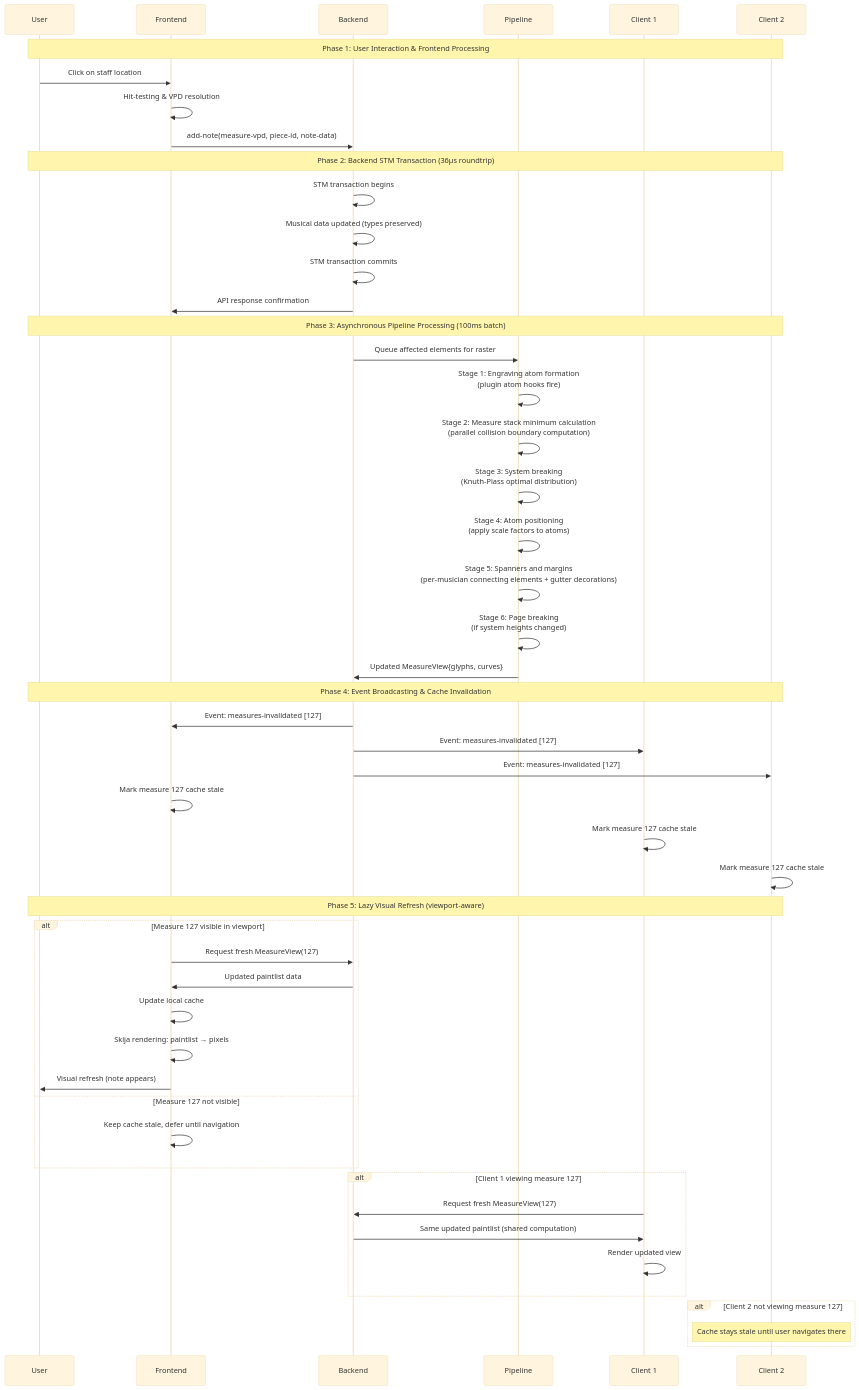
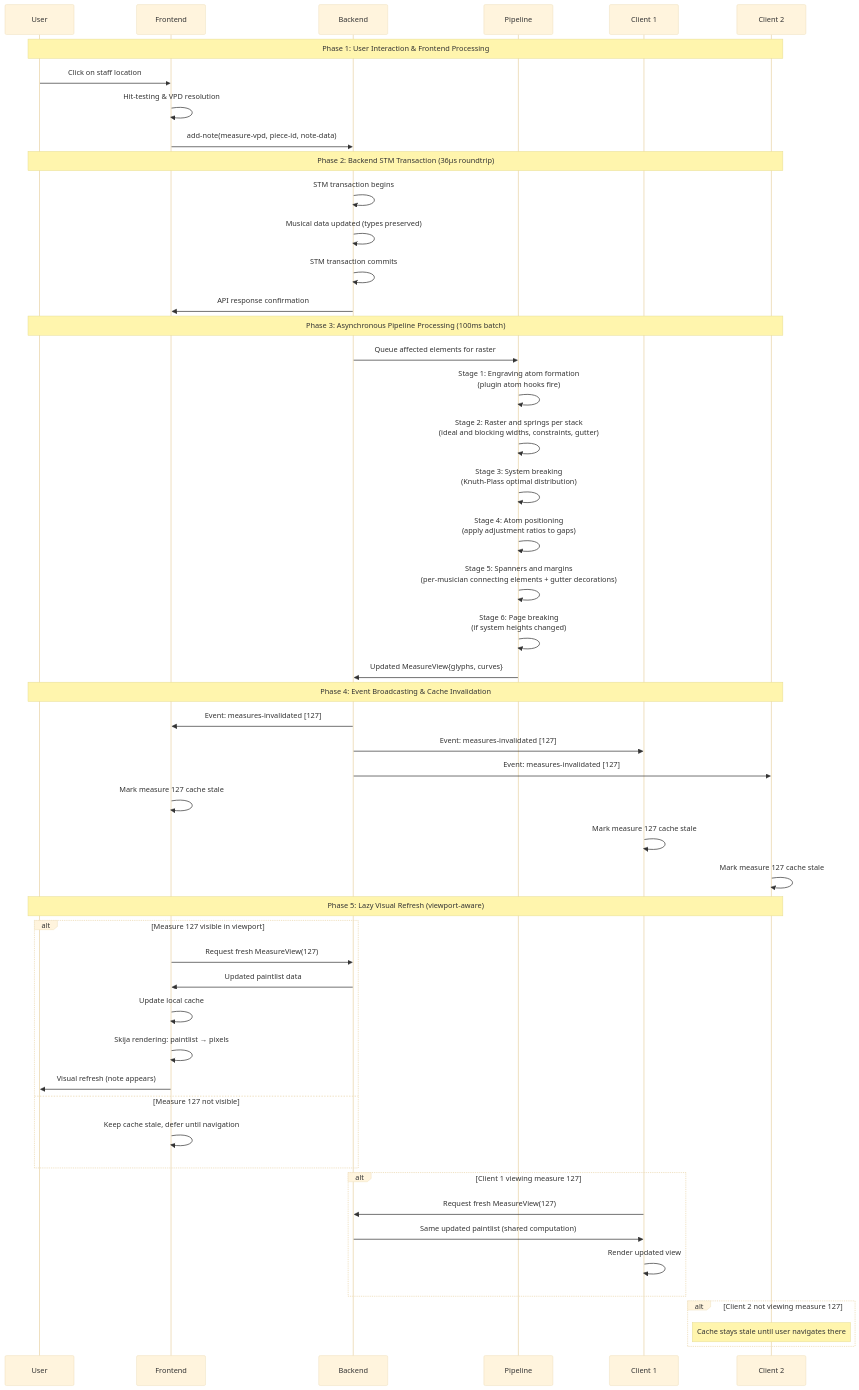
The third of 4 diagrams in ADRs/0028-Hierarchical-Rendering-Pipeline.md (PeterBengtson/Ooloi-docs), drawn with Mermaid (base theme) before and after one commit. The commit also changed other lines of this file and 2 other files, not shown here.

````diff
--- a/ADRs/0028-Hierarchical-Rendering-Pipeline.md
+++ b/ADRs/0028-Hierarchical-Rendering-Pipeline.md
@@ -300,60 +300,60 @@
 ```mermaid
 sequenceDiagram
     participant U as User
     participant F as Frontend
     participant B as Backend
     participant P as Pipeline
     participant C1 as Client 1
     participant C2 as Client 2
 
     Note over U,C2: Phase 1: User Interaction & Frontend Processing
     U->>F: Click on staff location
     F->>F: Hit-testing & VPD resolution
     F->>B: add-note(measure-vpd, piece-id, note-data)
 
     Note over U,C2: Phase 2: Backend STM Transaction (36μs roundtrip)
     B->>B: STM transaction begins
     B->>B: Musical data updated (types preserved)
     B->>B: STM transaction commits
     B->>F: API response confirmation
 
     Note over U,C2: Phase 3: Asynchronous Pipeline Processing (100ms batch)
     B->>P: Queue affected elements for raster
     P->>P: Stage 1: Engraving atom formation<br/>(plugin atom hooks fire)
-    P->>P: Stage 2: Measure stack minimum calculation<br/>(parallel collision boundary computation)
+    P->>P: Stage 2: Raster and springs per stack<br/>(ideal and blocking widths, constraints, gutter)
     P->>P: Stage 3: System breaking<br/>(Knuth-Plass optimal distribution)
-    P->>P: Stage 4: Atom positioning<br/>(apply scale factors to atoms)
+    P->>P: Stage 4: Atom positioning<br/>(apply adjustment ratios to gaps)
     P->>P: Stage 5: Spanners and margins<br/>(per-musician connecting elements + gutter decorations)
     P->>P: Stage 6: Page breaking<br/>(if system heights changed)
     P->>B: Updated MeasureView{glyphs, curves}
 
     Note over U,C2: Phase 4: Event Broadcasting & Cache Invalidation
     B->>F: Event: measures-invalidated [127]
     B->>C1: Event: measures-invalidated [127]
     B->>C2: Event: measures-invalidated [127]
 
     F->>F: Mark measure 127 cache stale
     C1->>C1: Mark measure 127 cache stale
     C2->>C2: Mark measure 127 cache stale
 
     Note over U,C2: Phase 5: Lazy Visual Refresh (viewport-aware)
     alt Measure 127 visible in viewport
         F->>B: Request fresh MeasureView(127)
         B->>F: Updated paintlist data
         F->>F: Update local cache
         F->>F: Skija rendering: paintlist → pixels
         F->>U: Visual refresh (note appears)
     else Measure 127 not visible
         F->>F: Keep cache stale, defer until navigation
     end
 
     alt Client 1 viewing measure 127
         C1->>B: Request fresh MeasureView(127)
         B->>C1: Same updated paintlist (shared computation)
         C1->>C1: Render updated view
     end
 
     alt Client 2 not viewing measure 127
         Note over C2: Cache stays stale until user navigates there
     end
 ```
````
